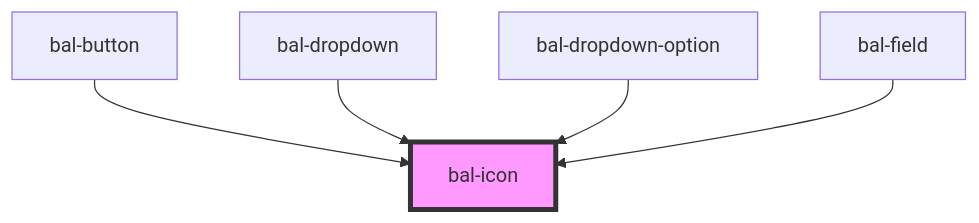
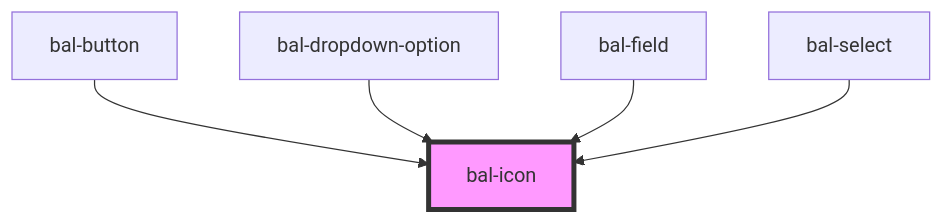
One commit to baloise/ui-library-next changed the diagram in packages/library/src/components/icon/readme.md. Above: the diagram before and after it, drawn with Mermaid. The commit also changed other lines of this file and 13 other files, not shown here.

````diff
--- a/packages/library/src/components/icon/readme.md
+++ b/packages/library/src/components/icon/readme.md
@@ -119,8 +120,8 @@
 ```mermaid
 graph TD;
   bal-button --> bal-icon
-  bal-dropdown --> bal-icon
   bal-dropdown-option --> bal-icon
   bal-field --> bal-icon
+  bal-select --> bal-icon
   style bal-icon fill:#f9f,stroke:#333,stroke-width:4px
 ```
````
